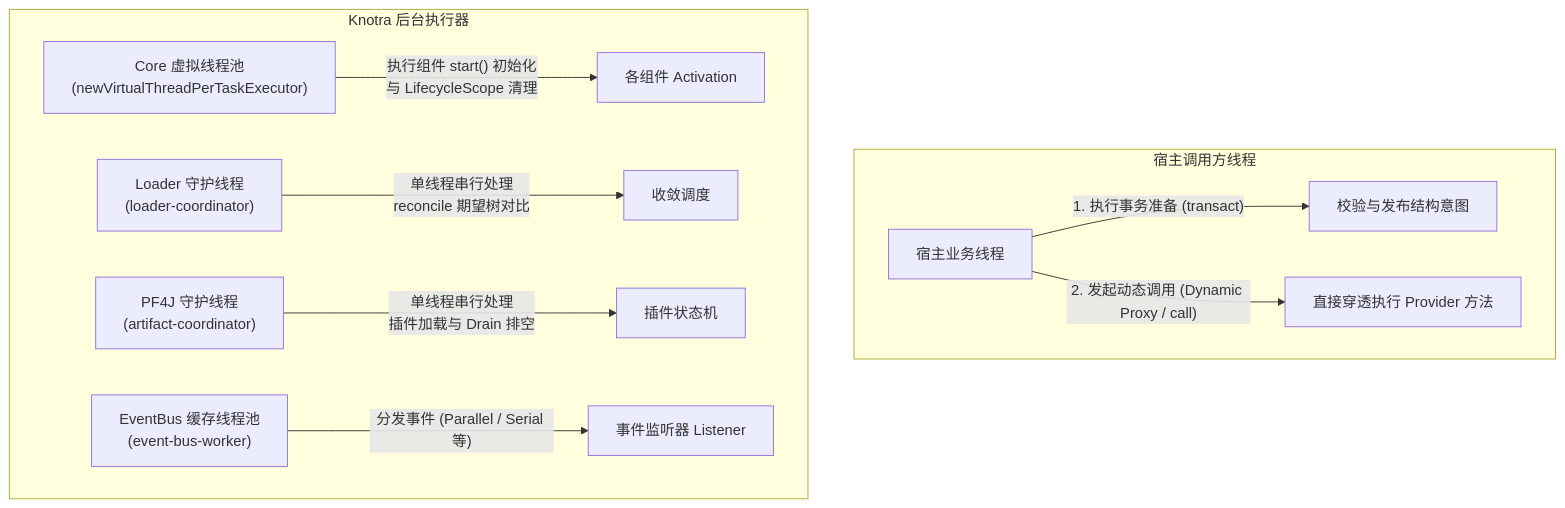
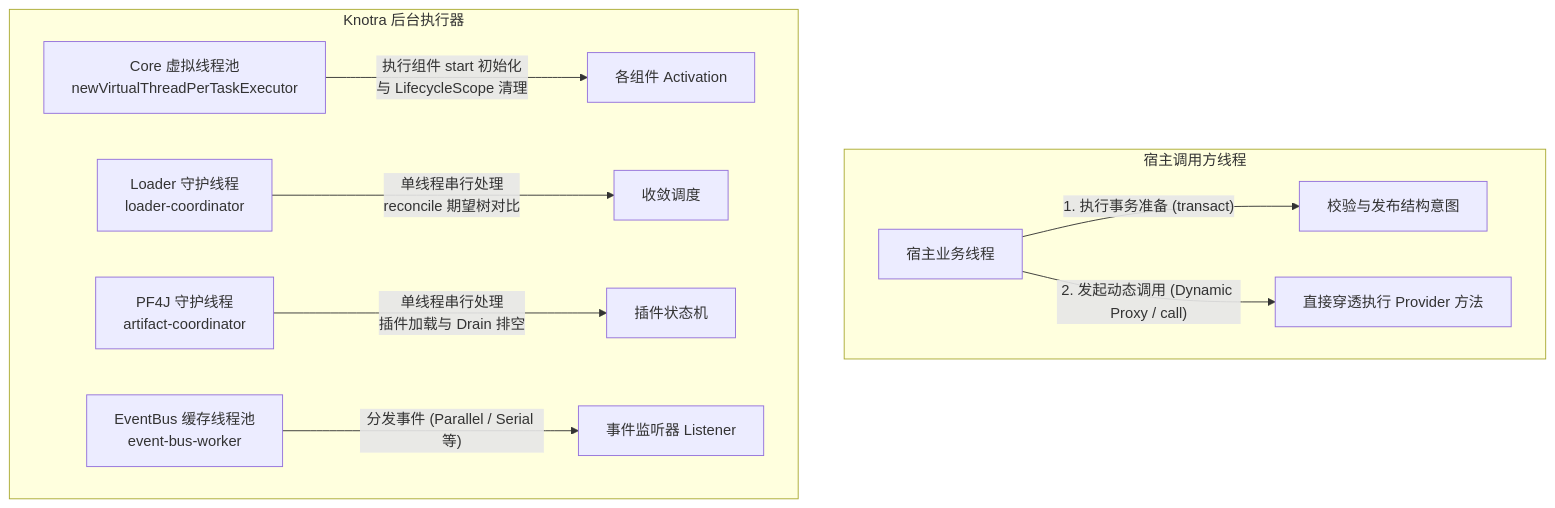
Before and after one commit to fjay/knotra: the first of 2 diagrams in docs/Knotra 线程模型与生产实践.md, drawn with Mermaid. The commit also changed other lines of this file and 7 other files, not shown here.

Commit message:
docs: 修复 Mermaid 图表语法并清理所有 emoji 表情

````diff
--- a/docs/Knotra 线程模型与生产实践.md
+++ b/docs/Knotra 线程模型与生产实践.md
@@ -11,14 +11,14 @@
 ```mermaid
 graph TD
-    subgraph 宿主调用方线程
+    subgraph caller_threads ["宿主调用方线程"]
         HT["宿主业务线程"] -->|"1. 执行事务准备 (transact)"| TR["校验与发布结构意图"]
         HT -->|"2. 发起动态调用 (Dynamic Proxy / call)"| DP["直接穿透执行 Provider 方法"]
     end
 
-    subgraph Knotra 后台执行器
-        VT["Core 虚拟线程池<br/>(newVirtualThreadPerTaskExecutor)"] -->|"执行组件 start() 初始化<br/>与 LifecycleScope 清理"| ACT["各组件 Activation"]
-        LC["Loader 守护线程<br/>(loader-coordinator)"] -->|"单线程串行处理<br/>reconcile 期望树对比"| RE["收敛调度"]
-        PF["PF4J 守护线程<br/>(artifact-coordinator)"] -->|"单线程串行处理<br/>插件加载与 Drain 排空"| PL["插件状态机"]
-        EB["EventBus 缓存线程池<br/>(event-bus-worker)"] -->|"分发事件 (Parallel / Serial 等)"| EV["事件监听器 Listener"]
+    subgraph knotra_executors ["Knotra 后台执行器"]
+        VT["Core 虚拟线程池<br/>newVirtualThreadPerTaskExecutor"] -->|"执行组件 start 初始化<br/>与 LifecycleScope 清理"| ACT["各组件 Activation"]
+        LC["Loader 守护线程<br/>loader-coordinator"] -->|"单线程串行处理<br/>reconcile 期望树对比"| RE["收敛调度"]
+        PF["PF4J 守护线程<br/>artifact-coordinator"] -->|"单线程串行处理<br/>插件加载与 Drain 排空"| PL["插件状态机"]
+        EB["EventBus 缓存线程池<br/>event-bus-worker"] -->|"分发事件 (Parallel / Serial 等)"| EV["事件监听器 Listener"]
     end
 ```
````
